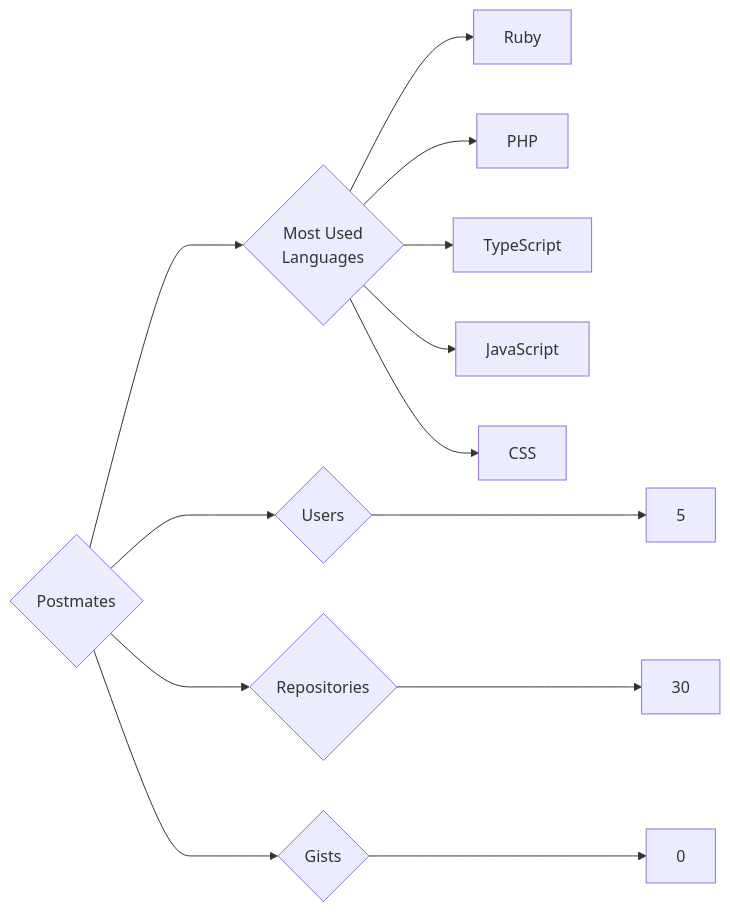
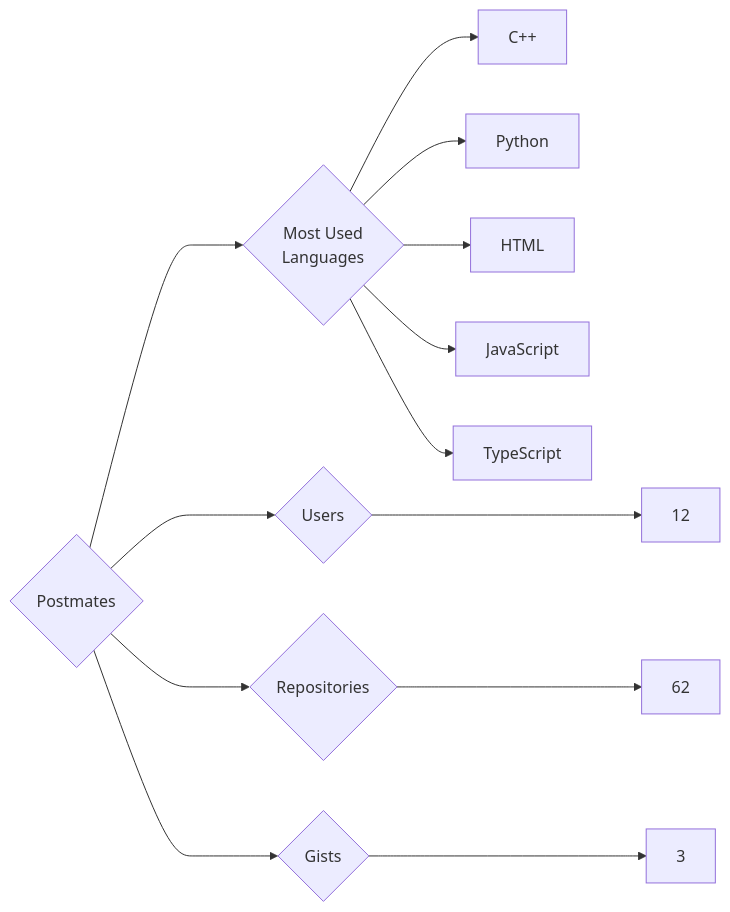
The diagram in targets/Postmates/README.md (trickest/insiders), drawn with Mermaid before and after one commit. The commit also changed 997 other files, not shown here.

````diff
--- a/targets/Postmates/README.md
+++ b/targets/Postmates/README.md
@@ -3,13 +3,13 @@
 ```mermaid
 graph LR
 COMPANY_NAME{Postmates}
-COMPANY_NAME ---> U{Users} ---> UN[5]
-COMPANY_NAME ---> R{Repositories} ---> RN[30]
-COMPANY_NAME ---> G{Gists} ---> GN[0]
+COMPANY_NAME ---> U{Users} ---> UN[12]
+COMPANY_NAME ---> R{Repositories} ---> RN[62]
+COMPANY_NAME ---> G{Gists} ---> GN[3]
 COMPANY_NAME ---> ML{Most Used<br>Languages}
-ML --> Ruby
-ML --> PHP
-ML --> TypeScript
-ML --> JavaScript
-ML --> CSS
+ML --> C++[C++]
+ML --> Python[Python]
+ML --> HTML[HTML]
+ML --> JavaScript[JavaScript]
+ML --> TypeScript[TypeScript]
 ```
````
